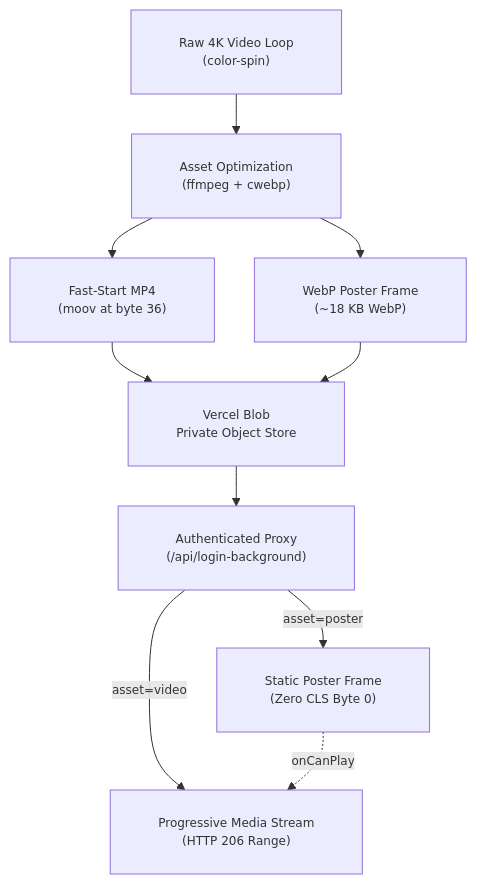
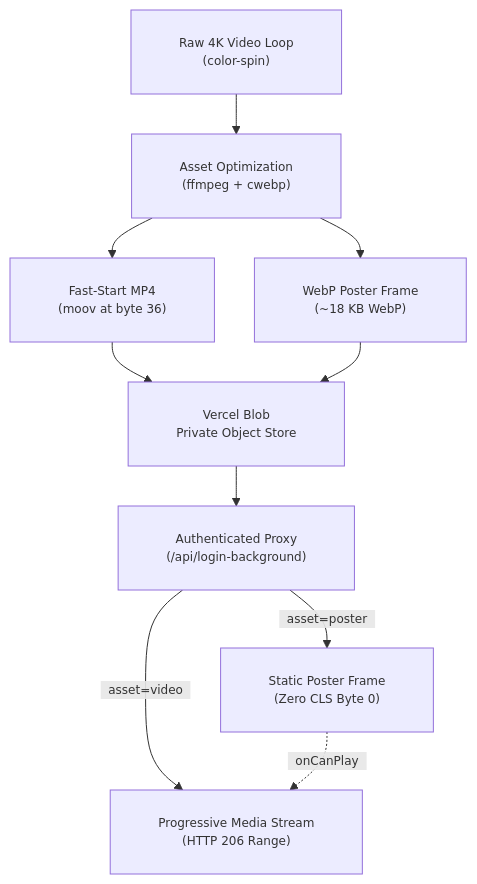
One commit to Marqlo-C/mailpilot changed the fourth of 4 diagrams in README.md. Above: the diagram before and after it, drawn with Mermaid. The commit also changed other lines of this file, not shown here.

Commit message:
docs(readme): remove lightning emoji in section 8 and pad mermaid edge labels

````diff
--- a/README.md
+++ b/README.md
@@ -560,13 +560,13 @@
 ```mermaid
-%%{init: {"themeVariables": {"fontSize": "12px", "fontFamily": "-apple-system, BlinkMacSystemFont, Segoe UI, sans-serif"}, "flowchart": {"padding": 24, "nodeSpacing": 40, "rankSpacing": 40}}}%%
+%%{init: {"themeVariables": {"fontSize": "12px", "fontFamily": "-apple-system, BlinkMacSystemFont, Segoe UI, sans-serif"}, "themeCSS": ".edgeLabel foreignObject { overflow: visible !important; } .edgeLabel span { padding: 0 4px; }", "flowchart": {"padding": 24, "nodeSpacing": 40, "rankSpacing": 40}}}%%
 flowchart TD
     A["Raw 4K Video Loop<br/>(color-spin)"] --> B["Asset Optimization<br/>(ffmpeg + cwebp)"]
     B --> C["Fast-Start MP4<br/>(moov at byte 36)"]
     B --> D["WebP Poster Frame<br/>(~18 KB WebP)"]
     C --> E["Vercel Blob<br/>Private Object Store"]
     D --> E
     E --> F["Authenticated Proxy<br/>(/api/login-background)"]
-    F -->|asset=poster| G["Static Poster Frame<br/>(Zero CLS Byte 0)"]
-    F -->|asset=video| H["Progressive Media Stream<br/>(HTTP 206 Range)"]
-    G -.->|onCanPlay| H
+    F -->|"&nbsp;&nbsp;asset=poster&nbsp;&nbsp;"| G["Static Poster Frame<br/>(Zero CLS Byte 0)"]
+    F -->|"&nbsp;&nbsp;asset=video&nbsp;&nbsp;"| H["Progressive Media Stream<br/>(HTTP 206 Range)"]
+    G -.->|"&nbsp;&nbsp;onCanPlay&nbsp;&nbsp;"| H
 ```
````
